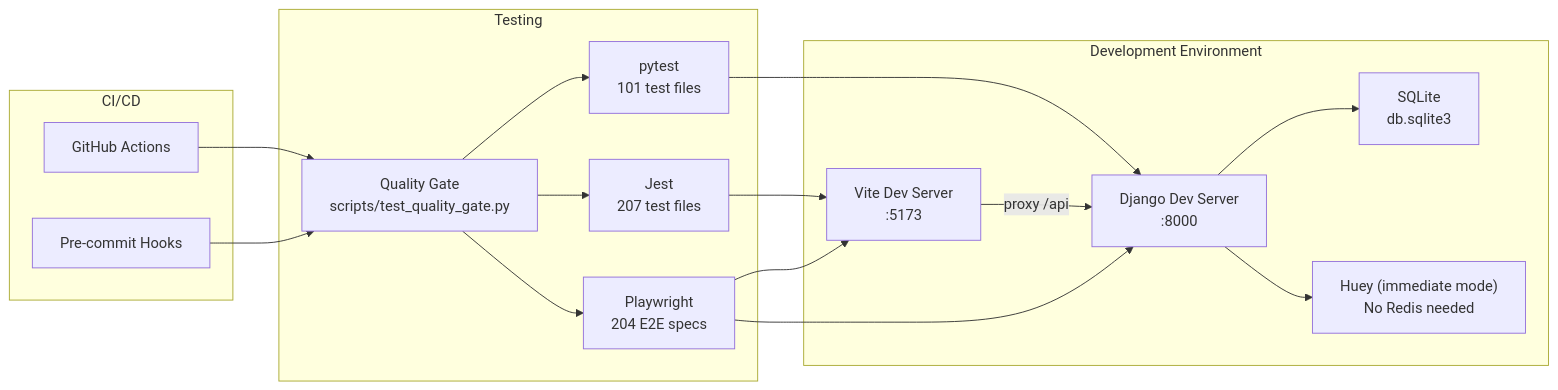
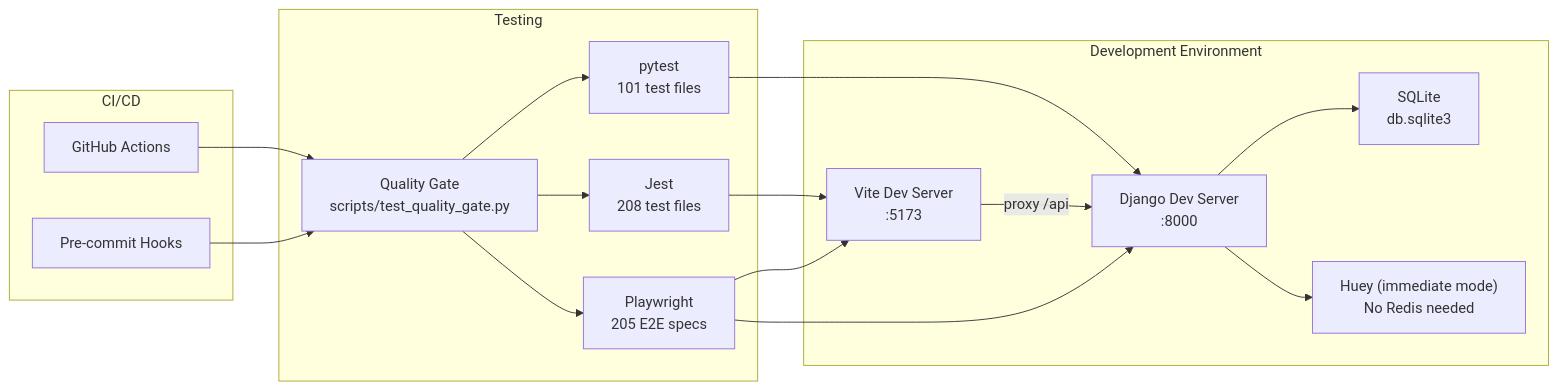
One commit to carlos18bp/gym_project changed the second of 8 diagrams in docs/methodology/architecture.md. Above: the diagram before and after it, drawn with Mermaid. The commit also changed other lines of this file and 273 other files, not shown here.

````diff
--- a/docs/methodology/architecture.md
+++ b/docs/methodology/architecture.md
@@ -60,34 +60,34 @@
 ```mermaid
 flowchart LR
     subgraph Dev["Development Environment"]
         Vite["Vite Dev Server\n:5173"]
         Django["Django Dev Server\n:8000"]
         Huey_Imm["Huey (immediate mode)\nNo Redis needed"]
         SQLite["SQLite\ndb.sqlite3"]
     end
 
     subgraph Test["Testing"]
         Pytest["pytest\n101 test files"]
-        Jest["Jest\n207 test files"]
-        PW["Playwright\n204 E2E specs"]
+        Jest["Jest\n208 test files"]
+        PW["Playwright\n205 E2E specs"]
         QG["Quality Gate\nscripts/test_quality_gate.py"]
     end
 
     subgraph CI["CI/CD"]
         GHA["GitHub Actions"]
         PreCommit["Pre-commit Hooks"]
     end
 
     Vite -->|"proxy /api"| Django
     Django --> SQLite
     Django --> Huey_Imm
     Pytest --> Django
     Jest --> Vite
     PW --> Vite
     PW --> Django
     QG --> Pytest
     QG --> Jest
     QG --> PW
     GHA --> QG
     PreCommit --> QG
 ```
````
